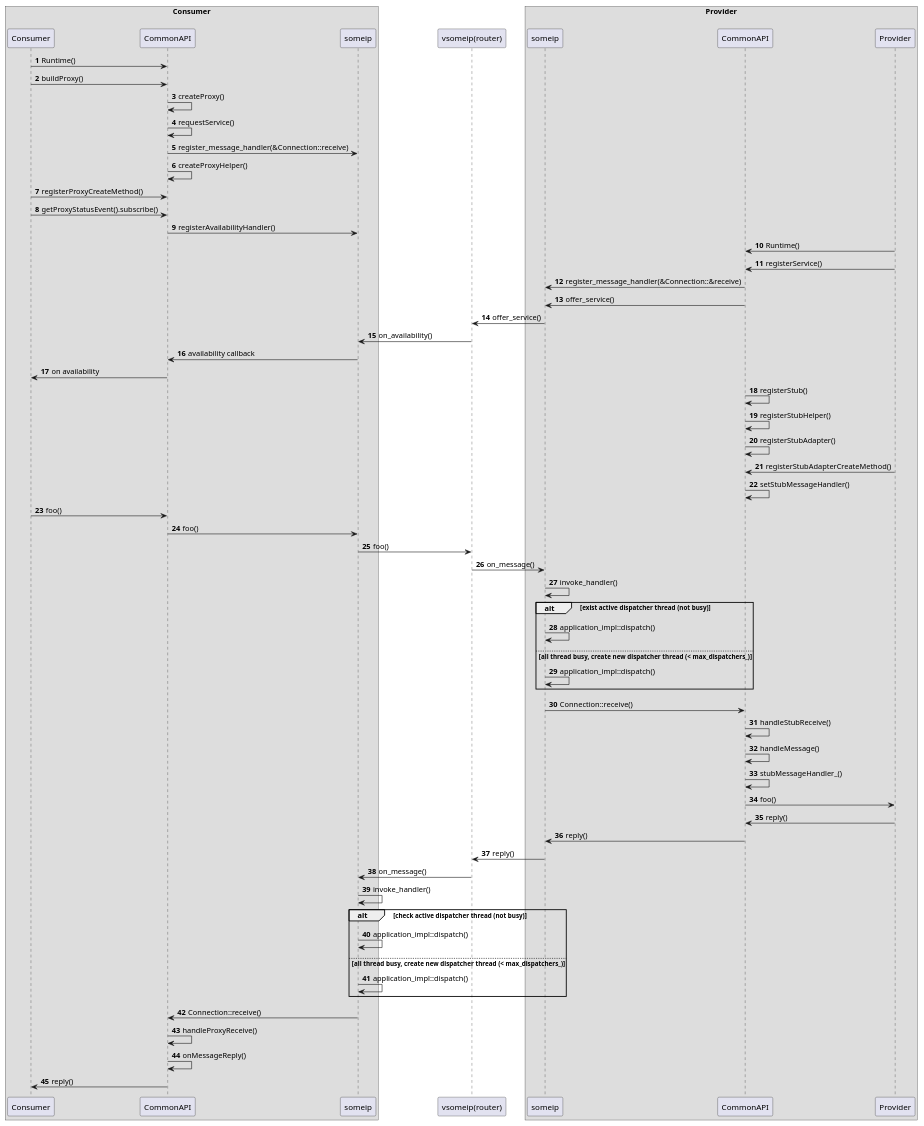
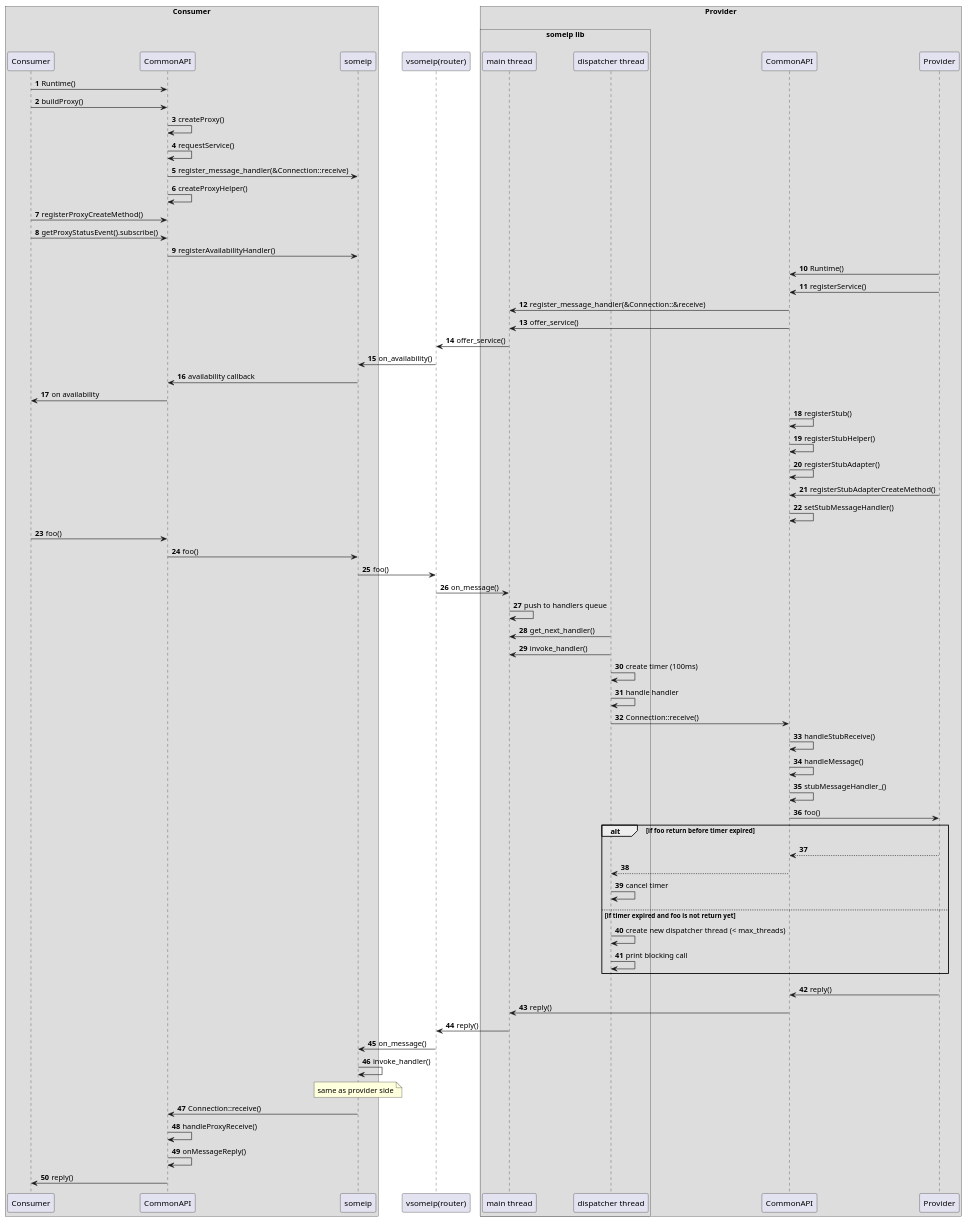
Before and after one commit to taikt/someip: the first of 3 diagrams in docs/consumer_provider.wsd, drawn with PlantUML. The commit also changed other lines of this file and 3 other files, not shown here.

Commit message:
update sequence

```diff
--- a/docs/consumer_provider.wsd
+++ b/docs/consumer_provider.wsd
@@ -2,89 +2,102 @@
 @startuml
 !pragma teoz true
 autonumber
 
     box "Consumer\n"
     participant "Consumer" as con
 
     participant "CommonAPI" as com1
     participant "someip" as vsome1
     end box
     'participant "someip CommonAPI" as scom
 
     
     participant "vsomeip(router)" as router
     
     box "Provider\n"
-    participant "someip" as vsome2
+
+    box "someip lib\n"
+    participant "main thread" as vsome2
+    participant "dispatcher thread" as dis2
+    end box
+
     participant "CommonAPI" as com2
     participant "Provider" as pro
     
     end box 
 
     con -> com1: Runtime()
     con -> com1: buildProxy()
     com1 -> com1: createProxy()
     com1 -> com1: requestService()
     com1 -> vsome1: register_message_handler(&Connection::receive)
     com1 -> com1: createProxyHelper()
     con -> com1: registerProxyCreateMethod()
 
     con -> com1: getProxyStatusEvent().subscribe()
     com1 -> vsome1: registerAvailabilityHandler()
 
 
     pro -> com2: Runtime()
     pro -> com2: registerService()
     com2 -> vsome2: register_message_handler(&Connection::&receive)
     ' need to check this flow offer_service
     com2 -> vsome2: offer_service()
     vsome2 -> router: offer_service()
     router -> vsome1: on_availability()
     vsome1 -> com1: availability callback
     com1 -> con: on availability
     com2 -> com2: registerStub()
     com2 -> com2: registerStubHelper()
     com2 -> com2: registerStubAdapter()
  
     
     pro -> com2: registerStubAdapterCreateMethod()
     
     com2 -> com2: setStubMessageHandler()
 
     
    
 
     'pro -> con: ON_AVAILABLE
 
     con -> com1: foo()
     com1 -> vsome1: foo()
     vsome1 -> router: foo()
     router -> vsome2: on_message()
-    vsome2 -> vsome2: invoke_handler()
-    alt exist active dispatcher thread (not busy)
-    vsome2 -> vsome2: application_impl::dispatch()
-    else all thread busy, create new dispatcher thread (< max_dispatchers_)
-    vsome2 -> vsome2: application_impl::dispatch()
-    end
-    vsome2 -> com2: Connection::receive()
+    vsome2 -> vsome2: push to handlers queue
+    dis2 -> vsome2: get_next_handler()
+    dis2 -> vsome2: invoke_handler()
+    dis2 -> dis2: create timer (100ms)
+    dis2 -> dis2: handle handler
+    dis2 -> com2: Connection::receive()
+
     com2 -> com2: handleStubReceive()
     com2 -> com2: handleMessage()
     com2 -> com2: stubMessageHandler_()
     com2 -> pro: foo()
+
+    alt if foo return before timer expired
+    pro --> com2: 
+    com2 --> dis2:
+    dis2 -> dis2: cancel timer
+    else if timer expired and foo is not return yet
+    dis2 -> dis2: create new dispatcher thread (< max_threads)
+    dis2 -> dis2: print blocking call
+
+    end
 
     pro -> com2: reply()
     com2 -> vsome2: reply()
     vsome2 -> router: reply()
     router -> vsome1: on_message()
     vsome1 -> vsome1: invoke_handler()
-    alt check active dispatcher thread (not busy)
-    vsome1 -> vsome1: application_impl::dispatch()
-    else all thread busy, create new dispatcher thread (< max_dispatchers_)
-    vsome1 -> vsome1: application_impl::dispatch()
-    end
+    note over vsome1
+    same as provider side
+    end note
     vsome1 -> com1: Connection::receive()
     com1 -> com1: handleProxyReceive()
     com1 -> com1: onMessageReply()
     com1 -> con: reply()
 
 @enduml
```
